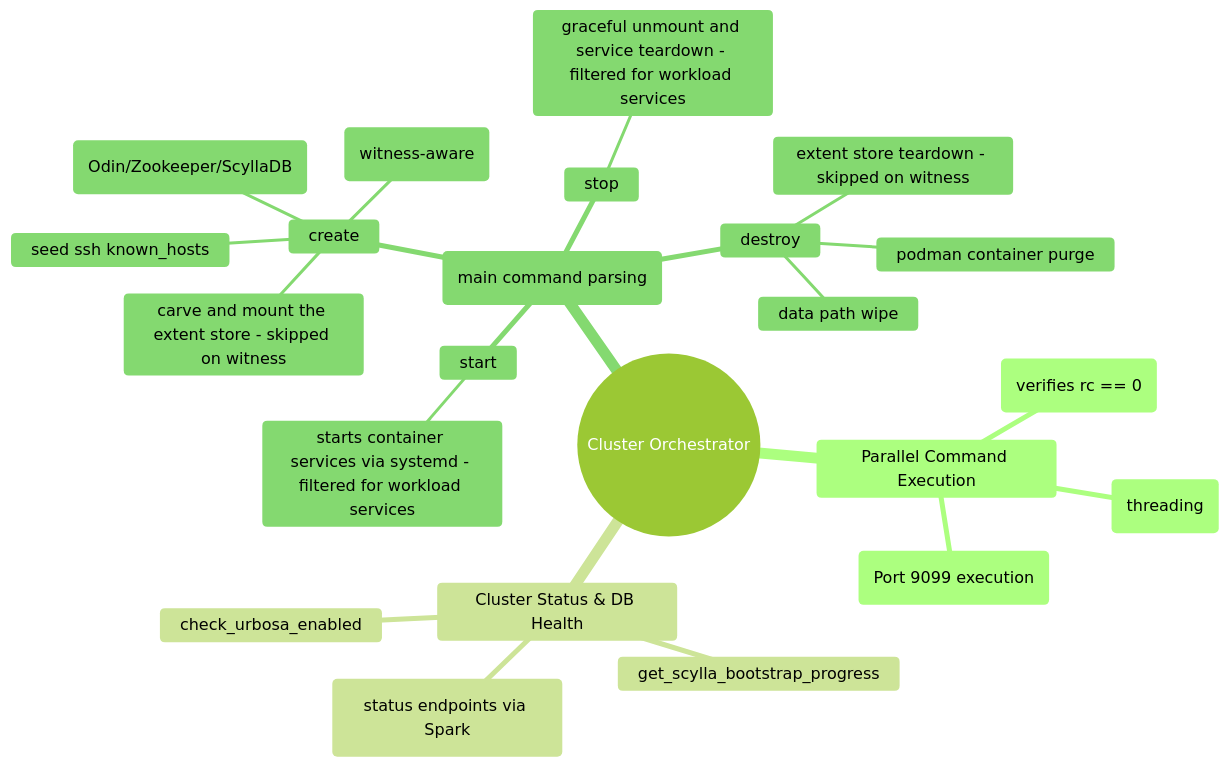
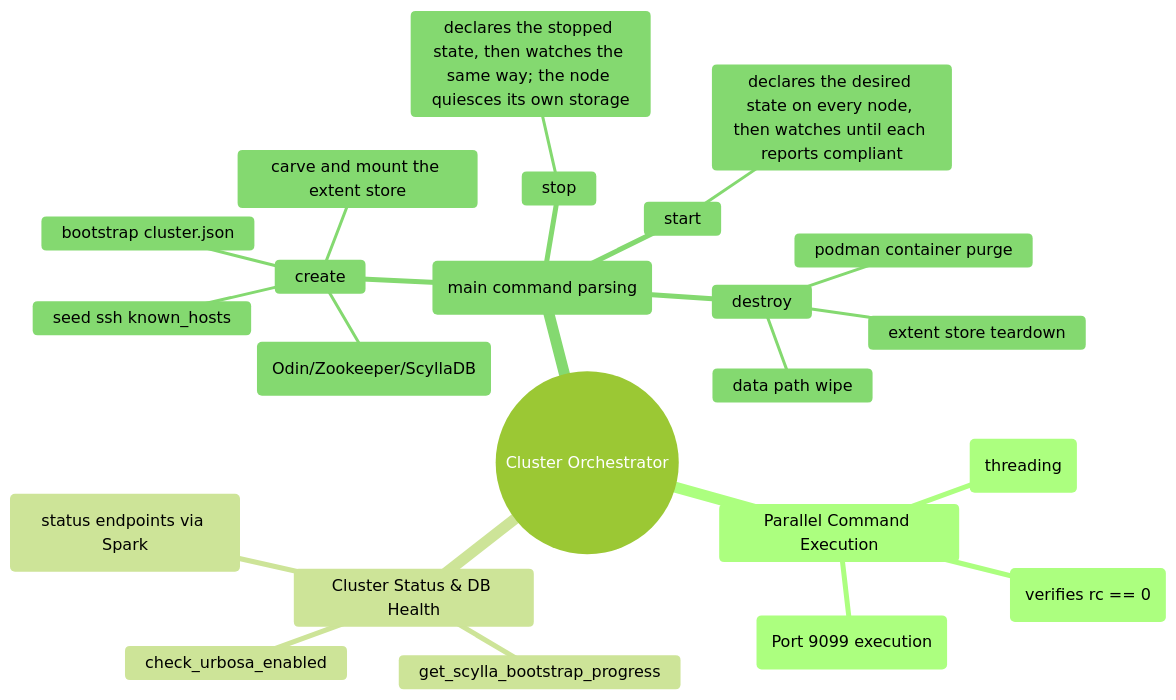
Before and after one commit to AuroraRyunix/Helios-HCI: the diagram in docs/cluster_technical.md, drawn with Mermaid (forest theme). The commit also changed other lines of this file and 7 other files, not shown here.

````diff
--- a/docs/cluster_technical.md
+++ b/docs/cluster_technical.md
@@ -7,26 +7,26 @@
 ```mermaid
 mindmap
   root((Cluster Orchestrator))
     Parallel Command Execution
       run_parallel (threading)
       run_parallel_checked (verifies rc == 0)
       run_remote_spark (Port 9099 execution)
     Cluster Status & DB Health
       get_scylla_bootstrap_progress
       check_urbosa_enabled
       make_request (status endpoints via Spark)
     Lifecycle Operations (main command parsing)
       create
-        bootstrap cluster.json (witness-aware)
-        carve and mount the extent store - skipped on witness
+        bootstrap cluster.json
+        carve and mount the extent store
         generate certs (Odin/Zookeeper/ScyllaDB)
         seed ssh known_hosts
       start
-        starts container services via systemd - filtered for workload services
+        declares the desired state on every node, then watches until each reports compliant
       stop
-        graceful unmount and service teardown - filtered for workload services
+        declares the stopped state, then watches the same way; the node quiesces its own storage
       destroy
         podman container purge
-        extent store teardown - skipped on witness
+        extent store teardown
         data path wipe
 ```
````
